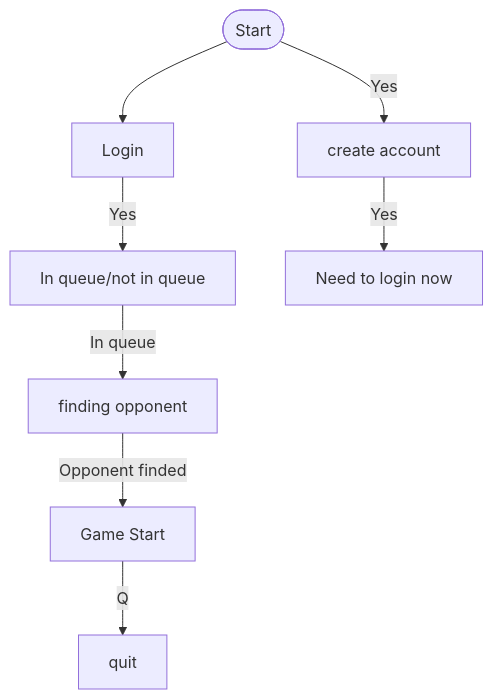
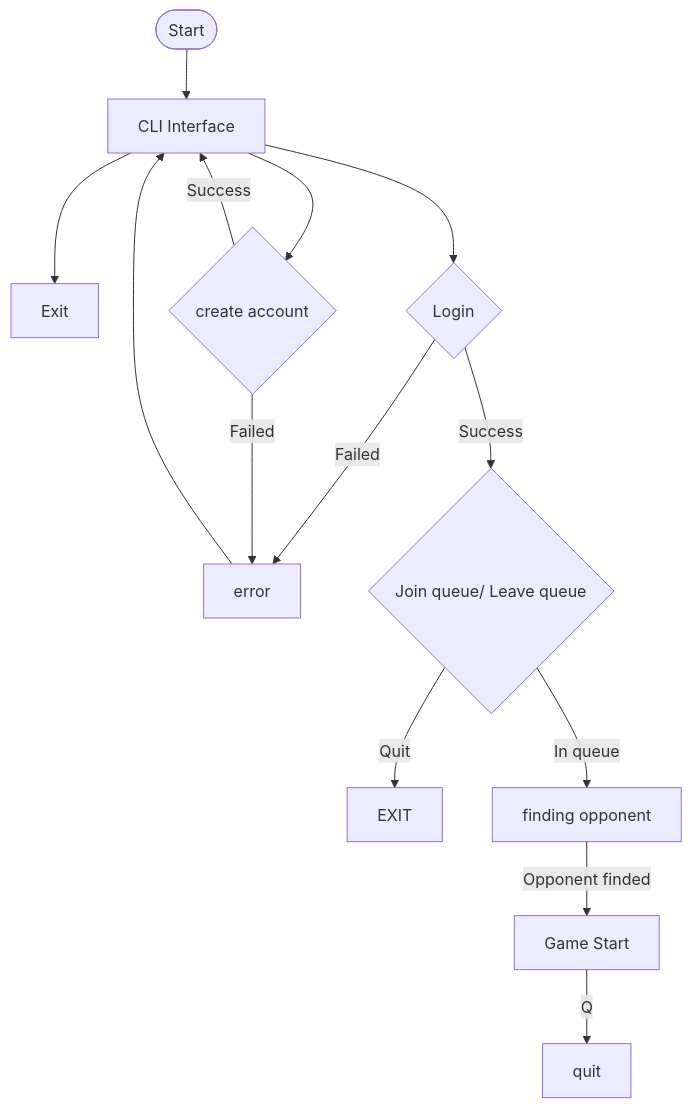
The diagram in README.md (andergroundvrej/test), drawn with Mermaid before and after one commit. The commit also changed other lines of this file, not shown here.

Commit message:
Fix mermaid syntax in flowchart diagram

````diff
--- a/README.md
+++ b/README.md
@@ -43,10 +40,16 @@
 ```mermaid
 flowchart TD
-A([Start]) --> B[Login]
-A -- Yes --> C[create account]
-B -- Yes --> D[In queue/not in queue]
-C -- Yes --> E[Need to login now]
+A([Start]) --> J[CLI Interface]
+J --> Z[Exit]
+J --> C{create account}
+J --> B{Login}
+B -- Failed --> I[error]
+I --> J
+C -- Failed --> I
+B -- Success --> D{Join queue/ Leave queue}
+D -- Quit --> E[EXIT]
+C -- Success --> J
 D -- In queue --> F[finding opponent]
 F -- Opponent finded --> G[Game Start]
 G -- Q --> H[quit]
 ```
````
